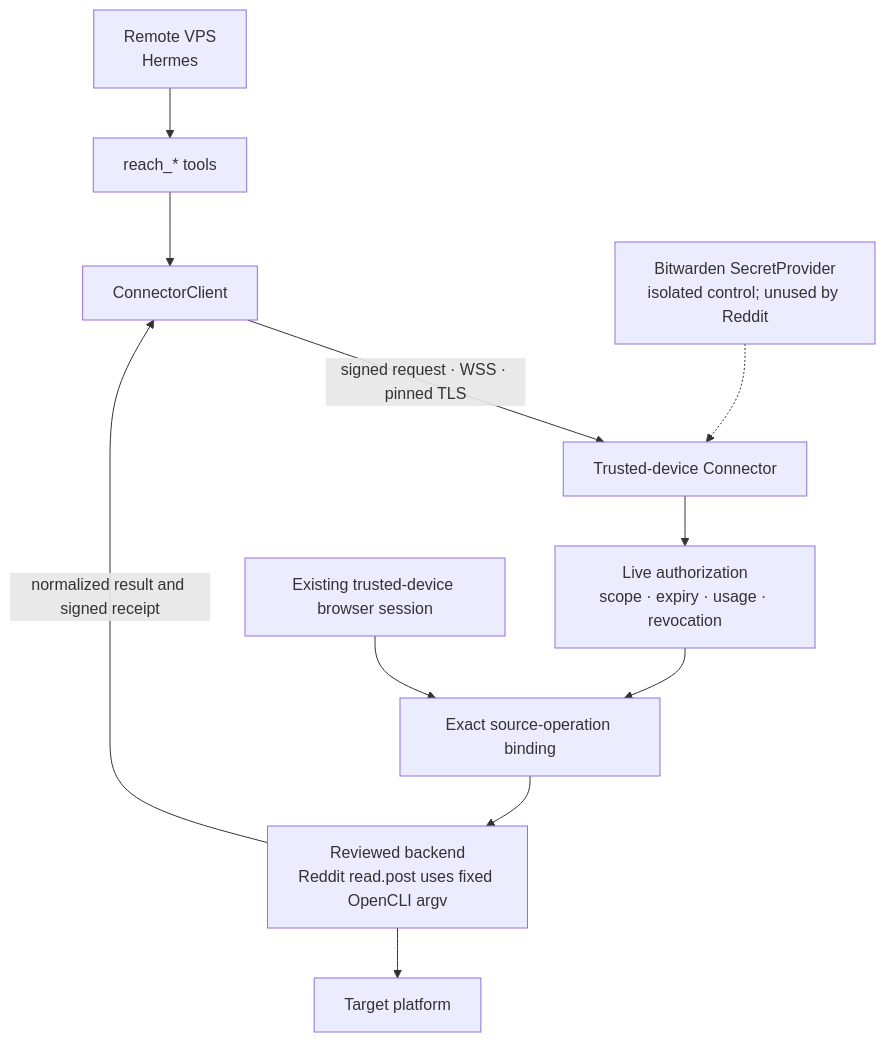
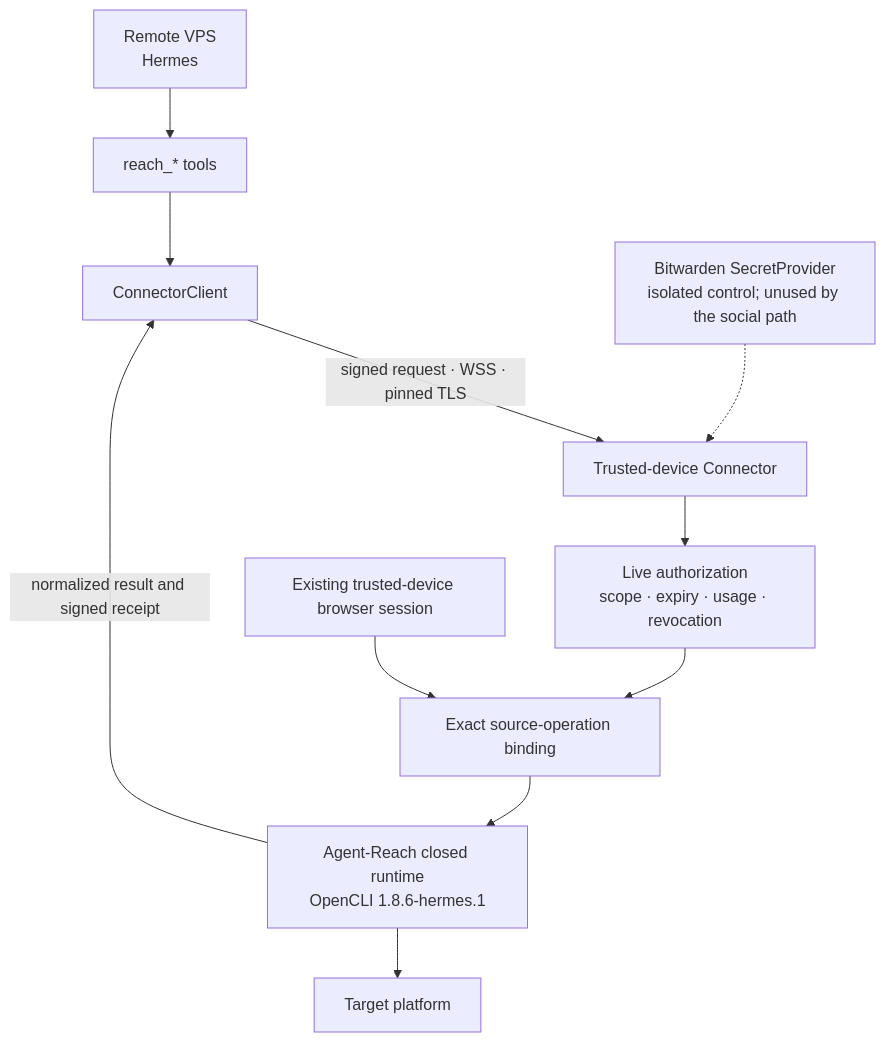
Before and after one commit to izumi0uu/hermes-reach: the second of 2 diagrams in README_EN.md, drawn with Mermaid. The commit also changed other lines of this file and 45 other files, not shown here.

Commit message:
feat(agent-reach): execute OpenCLI social platform batch

````diff
--- a/README_EN.md
+++ b/README_EN.md
@@ -394,13 +441,13 @@
 ```mermaid
 flowchart TD
     VPS["Remote VPS<br/>Hermes"] --> Tools["reach_* tools"]
     Tools --> Client["ConnectorClient"]
     Client -->|"signed request · WSS · pinned TLS"| Service["Trusted-device Connector"]
     Service --> Grant["Live authorization<br/>scope · expiry · usage · revocation"]
     Grant --> Binding["Exact source-operation binding"]
     Session["Existing trusted-device browser session"] --> Binding
-    Secrets["Bitwarden SecretProvider<br/>isolated control; unused by Reddit"] -.-> Service
-    Binding --> Backend["Reviewed backend<br/>Reddit read.post uses fixed OpenCLI argv"]
+    Secrets["Bitwarden SecretProvider<br/>isolated control; unused by the social path"] -.-> Service
+    Binding --> Backend["Agent-Reach closed runtime<br/>OpenCLI 1.8.6-hermes.1"]
     Backend --> Platform["Target platform"]
     Backend -->|"normalized result and signed receipt"| Client
 ```
````
